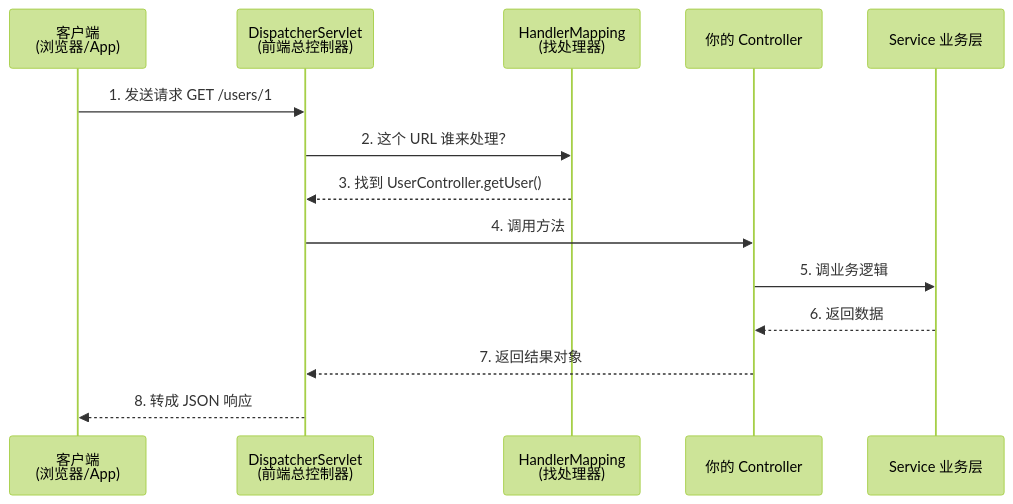
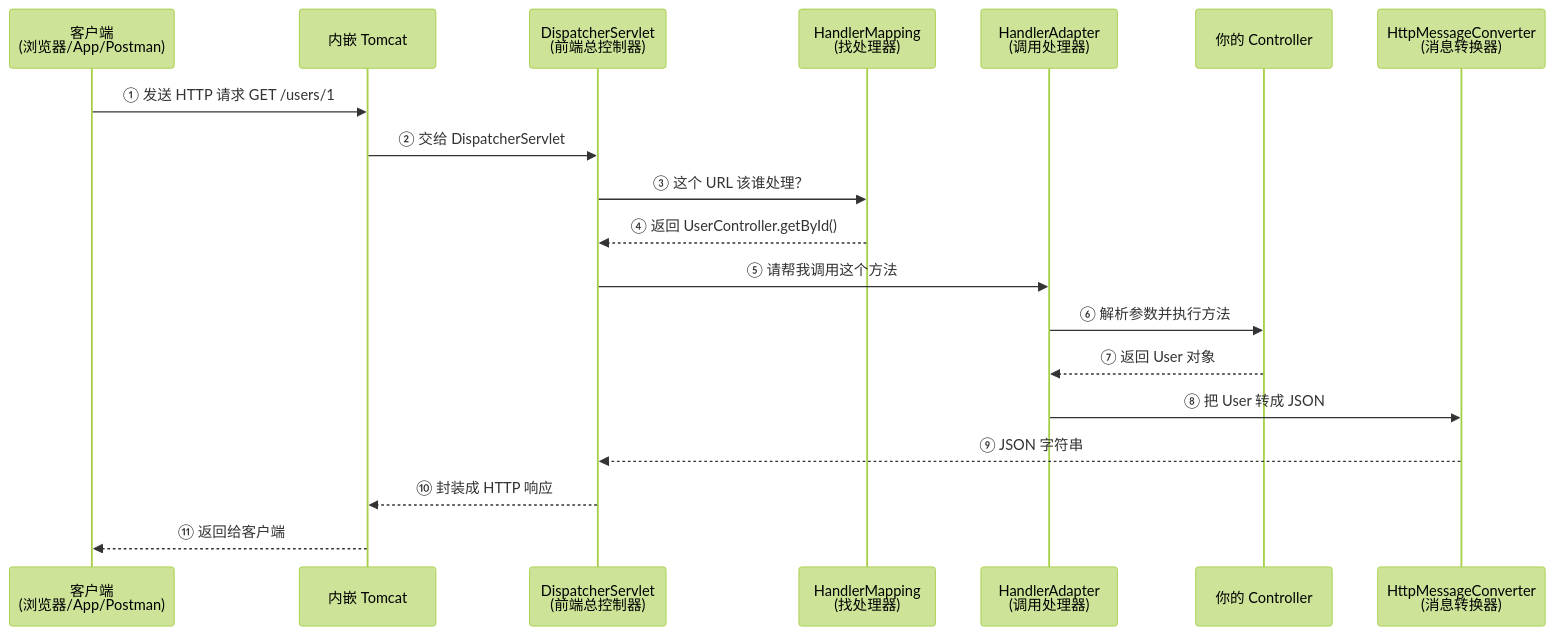
The second of 17 diagrams in spring-boot-3.5-学习资料/06-Web开发-Controller与RESTful.md (zerioo1970/summary), drawn with Mermaid (forest theme) before and after one commit. The commit also changed other lines of this file and 1 other file, not shown here.

````diff
--- a/spring-boot-3.5-学习资料/06-Web开发-Controller与RESTful.md
+++ b/spring-boot-3.5-学习资料/06-Web开发-Controller与RESTful.md
@@ -11,17 +39,22 @@
 ```mermaid
 sequenceDiagram
-    participant Client as 客户端<br/>(浏览器/App)
+    participant Client as 客户端<br/>(浏览器/App/Postman)
+    participant Tomcat as 内嵌 Tomcat
     participant DS as DispatcherServlet<br/>(前端总控制器)
     participant HM as HandlerMapping<br/>(找处理器)
+    participant HA as HandlerAdapter<br/>(调用处理器)
     participant C as 你的 Controller
-    participant S as Service 业务层
+    participant MC as HttpMessageConverter<br/>(消息转换器)
 
-    Client->>DS: 1. 发送请求 GET /users/1
-    DS->>HM: 2. 这个 URL 谁来处理？
-    HM-->>DS: 3. 找到 UserController.getUser()
-    DS->>C: 4. 调用方法
-    C->>S: 5. 调业务逻辑
-    S-->>C: 6. 返回数据
-    C-->>DS: 7. 返回结果对象
-    DS-->>Client: 8. 转成 JSON 响应
+    Client->>Tomcat: ① 发送 HTTP 请求 GET /users/1
+    Tomcat->>DS: ② 交给 DispatcherServlet
+    DS->>HM: ③ 这个 URL 该谁处理？
+    HM-->>DS: ④ 返回 UserController.getById()
+    DS->>HA: ⑤ 请帮我调用这个方法
+    HA->>C: ⑥ 解析参数并执行方法
+    C-->>HA: ⑦ 返回 User 对象
+    HA->>MC: ⑧ 把 User 转成 JSON
+    MC-->>DS: ⑨ JSON 字符串
+    DS-->>Tomcat: ⑩ 封装成 HTTP 响应
+    Tomcat-->>Client: ⑪ 返回给客户端
 ```
````
